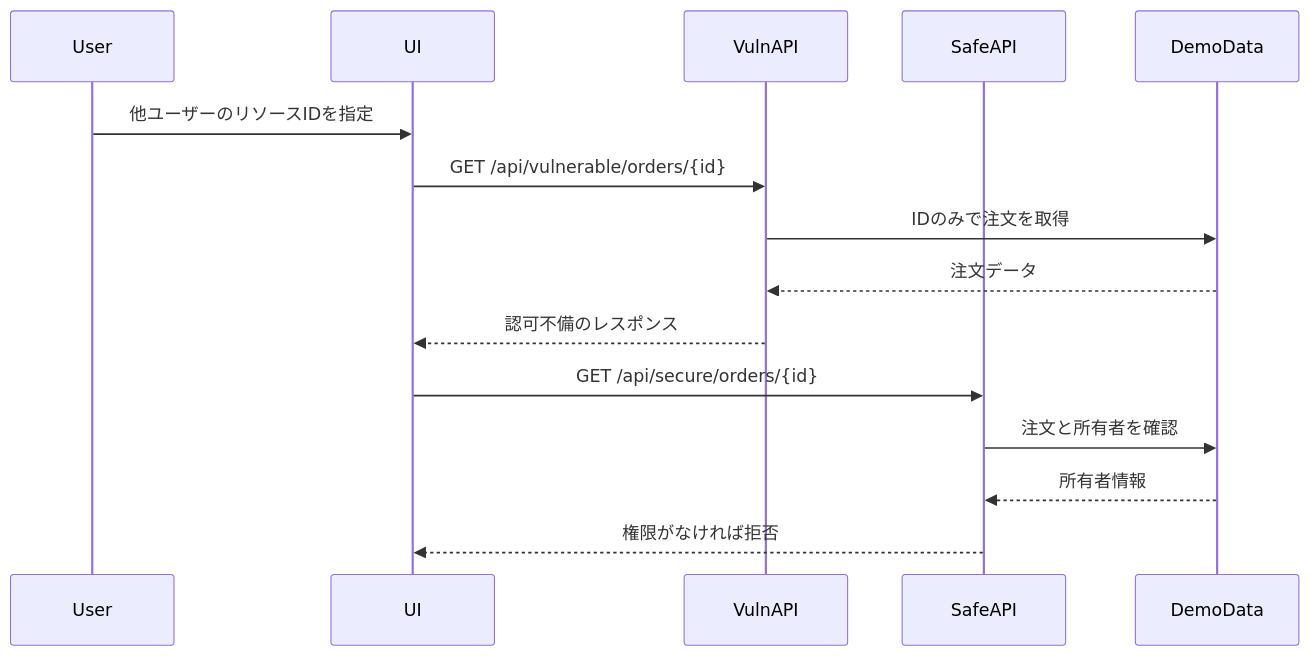
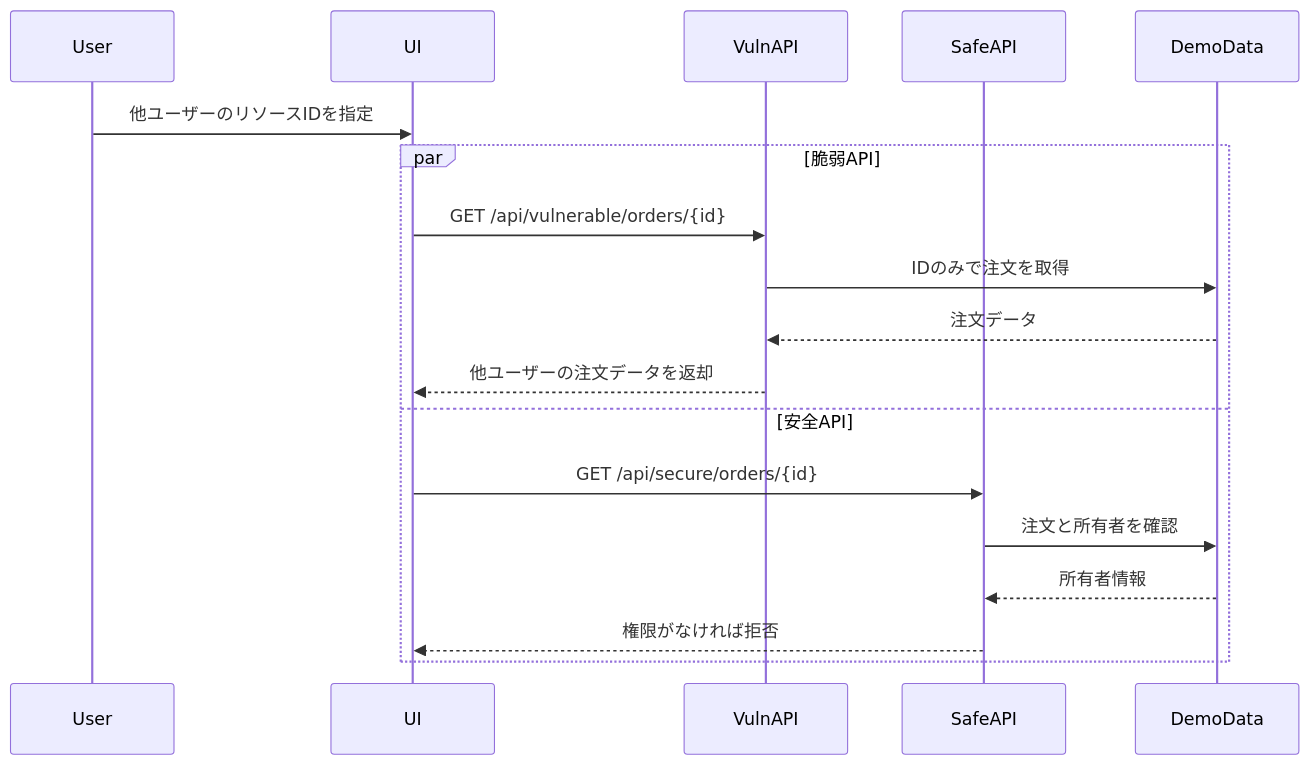
Before and after one commit to kiryu1211/api-security-lab-platform: the third of 8 diagrams in docs/design.ja.md, drawn with Mermaid. The commit also changed other lines of this file and 22 other files, not shown here.

````diff
--- a/docs/design.ja.md
+++ b/docs/design.ja.md
@@ -76,18 +73,21 @@
 ```mermaid
 sequenceDiagram
     participant User
     participant UI
     participant VulnAPI
     participant SafeAPI
     participant DemoData
 
     User->>UI: 他ユーザーのリソースIDを指定
-    UI->>VulnAPI: GET /api/vulnerable/orders/{id}
-    VulnAPI->>DemoData: IDのみで注文を取得
-    DemoData-->>VulnAPI: 注文データ
-    VulnAPI-->>UI: 認可不備のレスポンス
-    UI->>SafeAPI: GET /api/secure/orders/{id}
-    SafeAPI->>DemoData: 注文と所有者を確認
-    DemoData-->>SafeAPI: 所有者情報
-    SafeAPI-->>UI: 権限がなければ拒否
+    par 脆弱API
+        UI->>VulnAPI: GET /api/vulnerable/orders/{id}
+        VulnAPI->>DemoData: IDのみで注文を取得
+        DemoData-->>VulnAPI: 注文データ
+        VulnAPI-->>UI: 他ユーザーの注文データを返却
+    and 安全API
+        UI->>SafeAPI: GET /api/secure/orders/{id}
+        SafeAPI->>DemoData: 注文と所有者を確認
+        DemoData-->>SafeAPI: 所有者情報
+        SafeAPI-->>UI: 権限がなければ拒否
+    end
 ```
````
